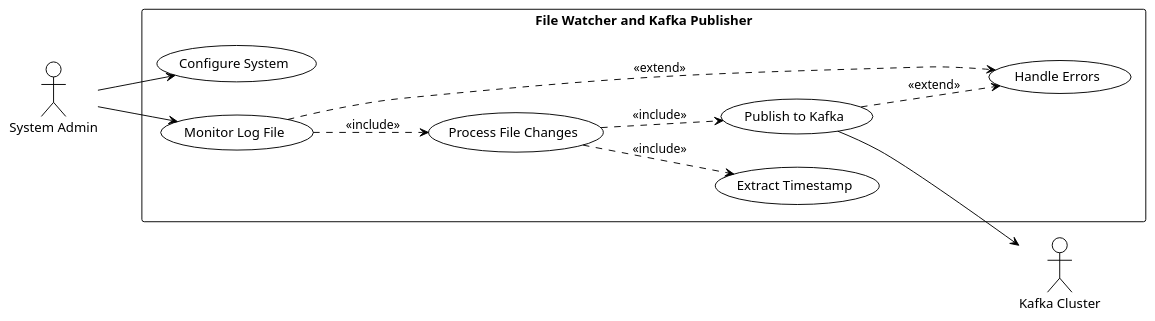
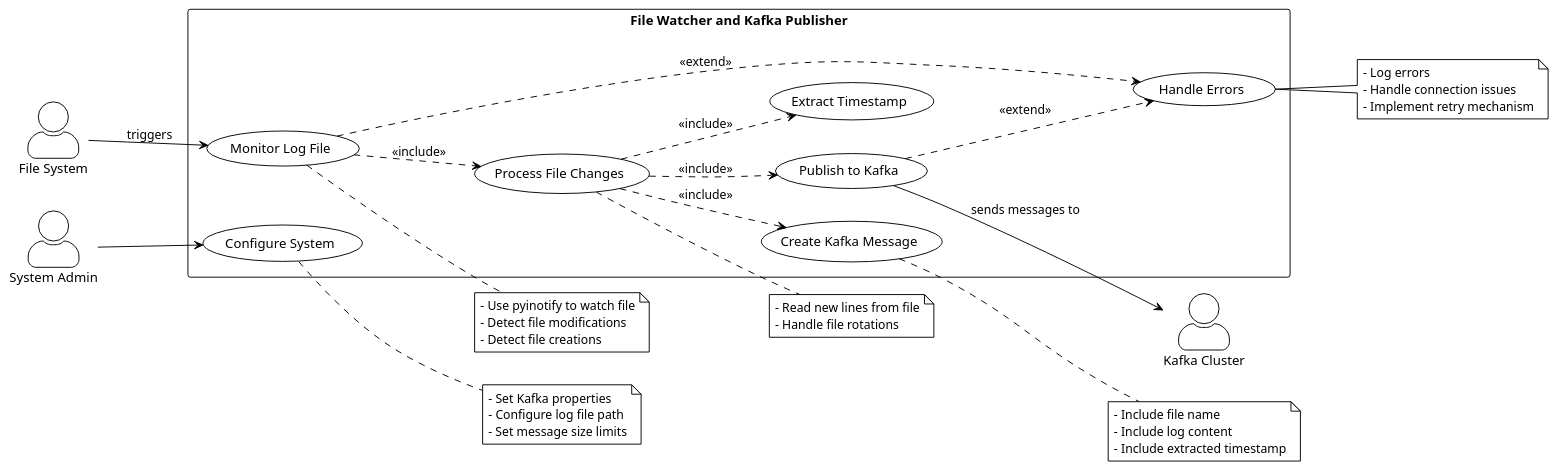
One commit to pitimon/kafka-kab-noted changed the diagram in bind9-secLog-demo/log-producer-Python/plantUML/use_case.pu. Above: the diagram before and after it, drawn with PlantUML. The commit also changed 1 other file, not shown here.

```diff
--- a/bind9-secLog-demo/log-producer-Python/plantUML/use_case.pu
+++ b/bind9-secLog-demo/log-producer-Python/plantUML/use_case.pu
@@ -1,25 +1,59 @@
 @startuml
 !theme plain
 left to right direction
+skinparam actorStyle awesome
+
 actor "System Admin" as admin
 actor "Kafka Cluster" as kafka
+actor "File System" as fs
 
 rectangle "File Watcher and Kafka Publisher" {
   usecase "Configure System" as UC1
   usecase "Monitor Log File" as UC2
   usecase "Process File Changes" as UC3
   usecase "Extract Timestamp" as UC4
-  usecase "Publish to Kafka" as UC5
-  usecase "Handle Errors" as UC6
+  usecase "Create Kafka Message" as UC5
+  usecase "Publish to Kafka" as UC6
+  usecase "Handle Errors" as UC7
 }
 
 admin --> UC1
-admin --> UC2
+fs --> UC2 : triggers
 UC2 ..> UC3 : <<include>>
 UC3 ..> UC4 : <<include>>
 UC3 ..> UC5 : <<include>>
-UC5 --> kafka
-UC2 ..> UC6 : <<extend>>
-UC5 ..> UC6 : <<extend>>
+UC3 ..> UC6 : <<include>>
+UC6 --> kafka : sends messages to
+UC2 ..> UC7 : <<extend>>
+UC6 ..> UC7 : <<extend>>
+
+note right of UC1
+  - Set Kafka properties
+  - Configure log file path
+  - Set message size limits
+end note
+
+note right of UC2
+  - Use pyinotify to watch file
+  - Detect file modifications
+  - Detect file creations
+end note
+
+note right of UC3
+  - Read new lines from file
+  - Handle file rotations
+end note
+
+note right of UC5
+  - Include file name
+  - Include log content
+  - Include extracted timestamp
+end note
+
+note right of UC7
+  - Log errors
+  - Handle connection issues
+  - Implement retry mechanism
+end note
 
 @enduml
```
